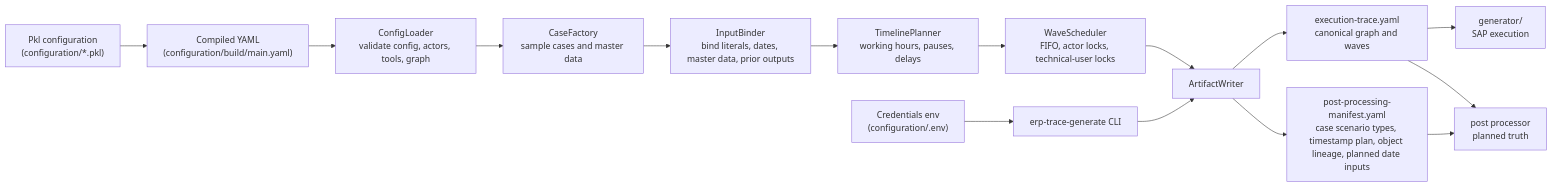
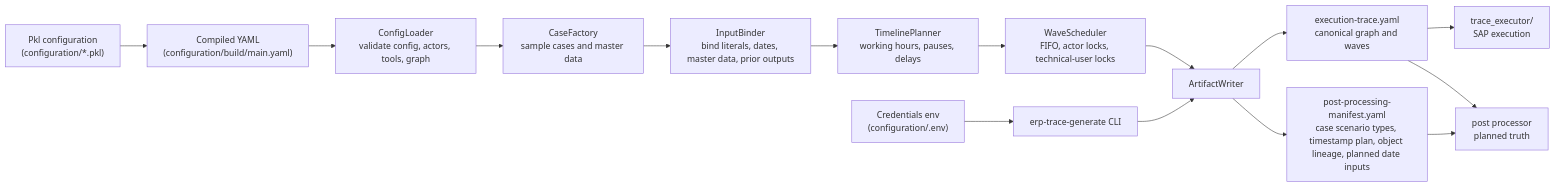
Before and after one commit to volume4k/advanced-synthetic-erp-data-generator: the diagram in trace_generator/README.md, drawn with Mermaid. The commit also changed 99 other files, not shown here.

First line of the commit message:
Post-process RUN_BA-210 exports and rename trace executor project (#29)

````diff
--- a/trace_generator/README.md
+++ b/trace_generator/README.md
@@ -10,17 +10,17 @@
 ```mermaid
 flowchart LR
   pkl["Pkl configuration\n(configuration/*.pkl)"] --> yaml["Compiled YAML\n(configuration/build/main.yaml)"]
   env["Credentials env\n(configuration/.env)"] --> cli["erp-trace-generate CLI"]
   yaml --> loader["ConfigLoader\nvalidate config, actors, tools, graph"]
   loader --> cases["CaseFactory\nsample cases and master data"]
   cases --> binder["InputBinder\nbind literals, dates, master data, prior outputs"]
   binder --> timeline["TimelinePlanner\nworking hours, pauses, delays"]
   timeline --> scheduler["WaveScheduler\nFIFO, actor locks, technical-user locks"]
   scheduler --> writer["ArtifactWriter"]
   cli --> writer
   writer --> canonical["execution-trace.yaml\ncanonical graph and waves"]
   writer --> manifest["post-processing-manifest.yaml\ncase scenario types, timestamp plan, object lineage, planned date inputs"]
-  canonical --> executor["generator/\nSAP execution"]
+  canonical --> executor["trace_executor/\nSAP execution"]
   canonical --> post["post processor\nplanned truth"]
   manifest --> post
 ```
````
